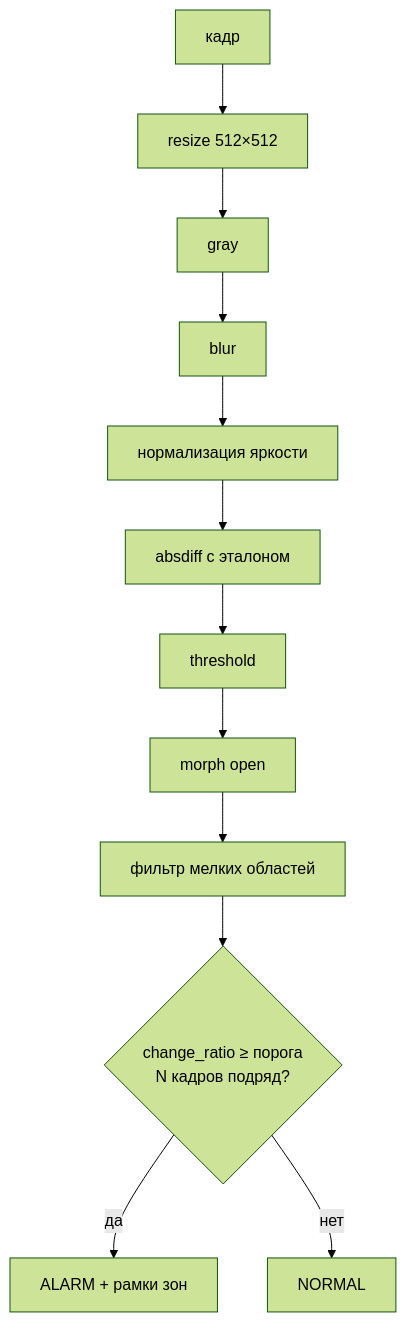
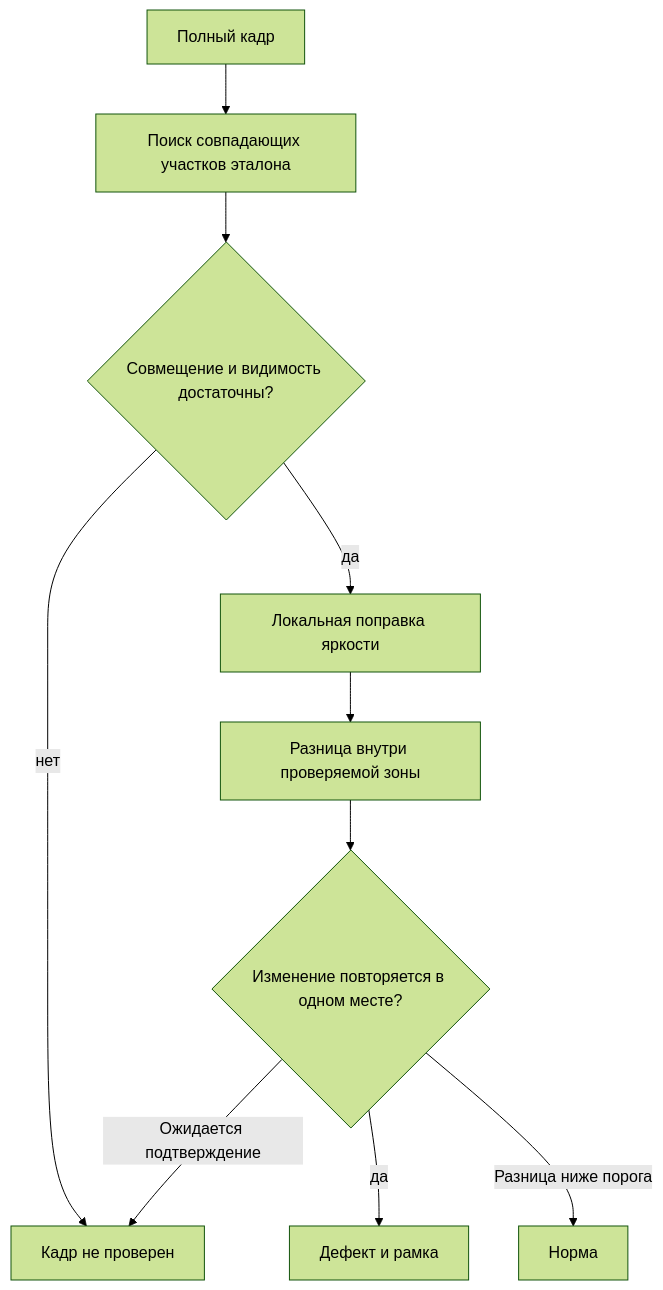
The second of 2 diagrams in README.md (Vombit/rpi_vision), drawn with Mermaid (forest theme) before and after one commit. The commit also changed other lines of this file and 18 other files, not shown here.

````diff
--- a/README.md
+++ b/README.md
@@ -24,8 +24,12 @@
 ```mermaid
 flowchart TB
-    F[кадр] --> R[resize 512×512] --> G[gray] --> B[blur] --> N[нормализация яркости]
-    N --> D[absdiff с эталоном] --> T[threshold] --> M[morph open]
-    M --> C[фильтр мелких областей] --> Q{change_ratio ≥ порога<br>N кадров подряд?}
-    Q -- да --> A[ALARM + рамки зон]
-    Q -- нет --> OK[NORMAL]
+    F[Полный кадр] --> R[Поиск совпадающих участков эталона]
+    R --> V{Совмещение и видимость достаточны?}
+    V -- нет --> U[Кадр не проверен]
+    V -- да --> N[Локальная поправка яркости]
+    N --> D[Разница внутри проверяемой зоны]
+    D --> Q{Изменение повторяется в одном месте?}
+    Q -- да --> A[Дефект и рамка]
+    Q -- Разница ниже порога --> OK[Норма]
+    Q -- Ожидается подтверждение --> U
 ```
````
